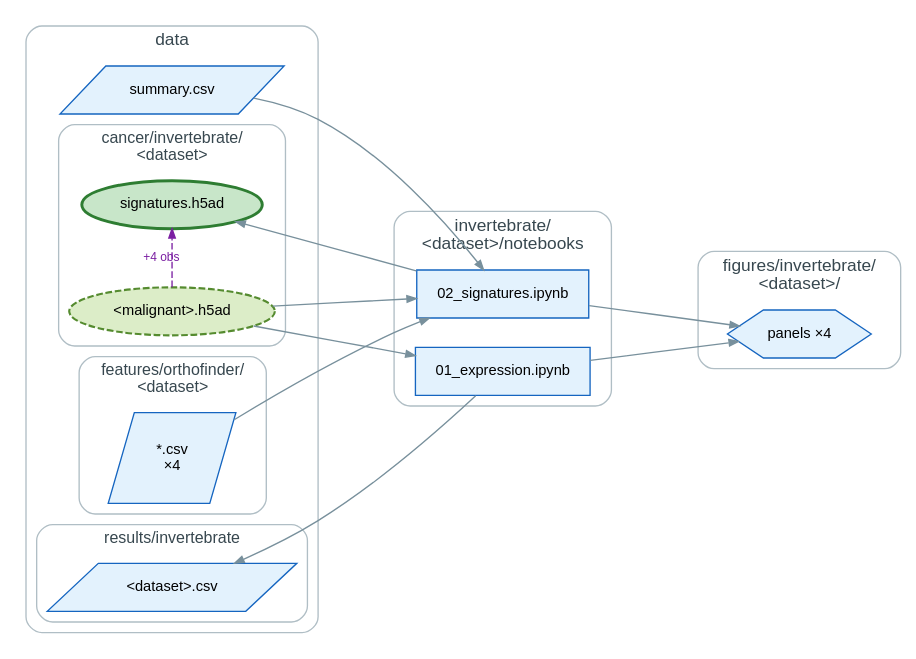
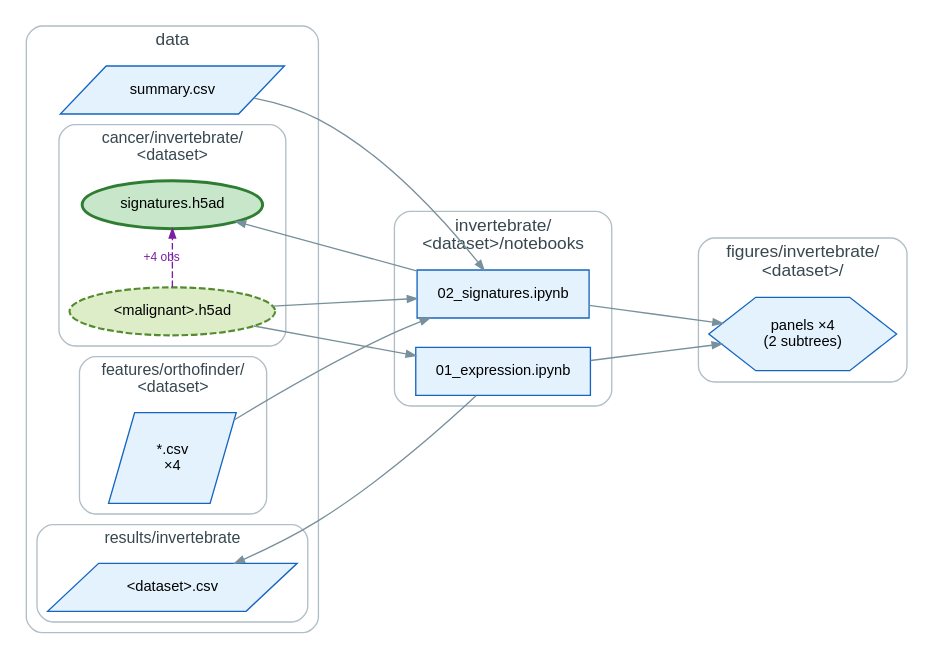
One commit to calebclayreagor/EMToolbox changed the diagram in invertebrate/DAG/dot/template.dot. Above: the diagram before and after it, drawn with Graphviz. The commit also changed 15 other files, not shown here.

```diff
--- a/invertebrate/DAG/dot/template.dot
+++ b/invertebrate/DAG/dot/template.dot
@@ -1,41 +1,41 @@
 digraph G {
   rankdir=LR; splines=spline;
   graph [fontname="Helvetica", fontsize=13, nodesep=0.3, ranksep=1.1];
   node [fontname="Helvetica", fontsize=11, style="filled", margin="0.12,0.07"];
   edge [fontname="Helvetica", fontsize=9, color="#78909c", arrowsize=0.7];
   subgraph cluster_1 {
     label="data"; style="rounded"; color="#b0bec5"; fontsize=13; fontcolor="#37474f";
     n002 [label="summary.csv", shape=parallelogram, fillcolor="#e3f2fd", color="#1565c0", penwidth=1, style="filled"];
     subgraph cluster_2 {
       label="cancer/invertebrate/\n<dataset>"; style="rounded"; color="#b0bec5"; fontsize=12; fontcolor="#37474f";
       n001 [label="<malignant>.h5ad", shape=ellipse, fillcolor="#dcedc8", color="#558b2f", penwidth=1.6, style="filled,dashed"];
       n000 [label="signatures.h5ad", shape=ellipse, fillcolor="#c8e6c9", color="#2e7d32", penwidth=2.2, style="filled"];
     }
     subgraph cluster_3 {
       label="features/orthofinder/\n<dataset>"; style="rounded"; color="#b0bec5"; fontsize=12; fontcolor="#37474f";
       n005 [label="*.csv\n×4", shape=parallelogram, fillcolor="#e3f2fd", color="#1565c0", penwidth=1, style="filled"];
     }
     subgraph cluster_4 {
       label="results/invertebrate"; style="rounded"; color="#b0bec5"; fontsize=12; fontcolor="#37474f";
       n006 [label="<dataset>.csv", shape=parallelogram, fillcolor="#e3f2fd", color="#1565c0", penwidth=1, style="filled"];
     }
   }
   subgraph cluster_5 {
     label="invertebrate/\n<dataset>/notebooks"; style="rounded"; color="#b0bec5"; fontsize=13; fontcolor="#37474f";
     n003 [label="01_expression.ipynb", shape=box, fillcolor="#e3f2fd", color="#1565c0", penwidth=1, style="filled"];
     n004 [label="02_signatures.ipynb", shape=box, fillcolor="#e3f2fd", color="#1565c0", penwidth=1, style="filled"];
   }
   subgraph cluster_fig {
     label="figures/invertebrate/\n<dataset>/"; style="rounded"; color="#b0bec5"; fontsize=13; fontcolor="#37474f";
-    FIG [label="panels ×4", shape=hexagon, style=filled, fillcolor="#e3f2fd", color="#1565c0"];
+    FIG [label="panels ×4\n(2 subtrees)", shape=hexagon, style=filled, fillcolor="#e3f2fd", color="#1565c0"];
   }
   n001 -> n003;
   n003 -> n006;
   n003 -> FIG;
   n001 -> n004;
   n005 -> n004;
   n002 -> n004;
   n004 -> n000;
   n004 -> FIG;
   n001 -> n000 [label="+4 obs", color="#7b1fa2", style=dashed, fontcolor="#7b1fa2", constraint=false];
 }
```
